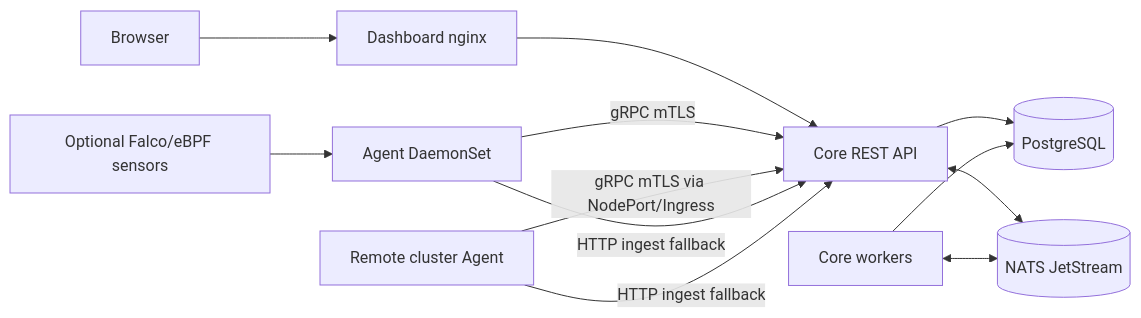
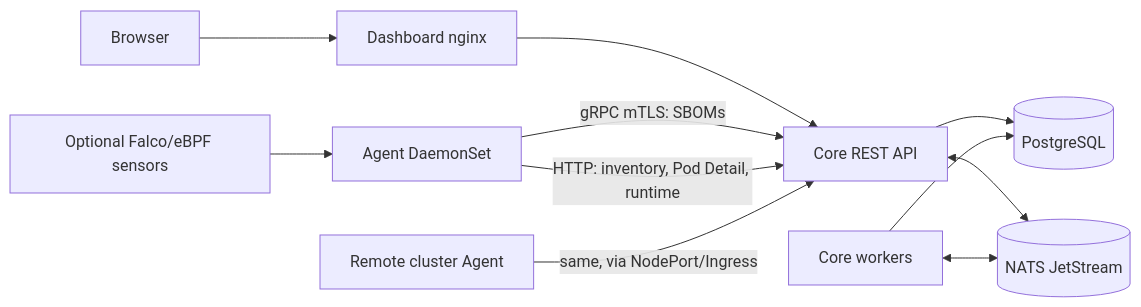
The first of 3 diagrams in docs/architecture/ARCHITECTURE.md (shino-337/Fortuna-Community), drawn with Mermaid before and after one commit. The commit also changed other lines of this file and 29 other files, not shown here.

````diff
--- a/docs/architecture/ARCHITECTURE.md
+++ b/docs/architecture/ARCHITECTURE.md
@@ -9,14 +7,13 @@
 ```mermaid
 flowchart LR
   browser[Browser] --> dashboard[Dashboard nginx]
   dashboard --> core[Core REST API]
-  agent[Agent DaemonSet] -->|gRPC mTLS| core
-  remote[Remote cluster Agent] -->|gRPC mTLS via NodePort/Ingress| core
-  agent -->|HTTP ingest fallback| core
-  remote -->|HTTP ingest fallback| core
+  agent[Agent DaemonSet] -->|gRPC mTLS: SBOMs| core
+  agent -->|HTTP: inventory, Pod Detail, runtime| core
+  remote[Remote cluster Agent] -->|same, via NodePort/Ingress| core
   falco[Optional Falco/eBPF sensors] --> agent
   core --> db[(PostgreSQL)]
   core <--> nats[(NATS JetStream)]
   workers[Core workers] <--> nats
   workers --> db
 ```
````
